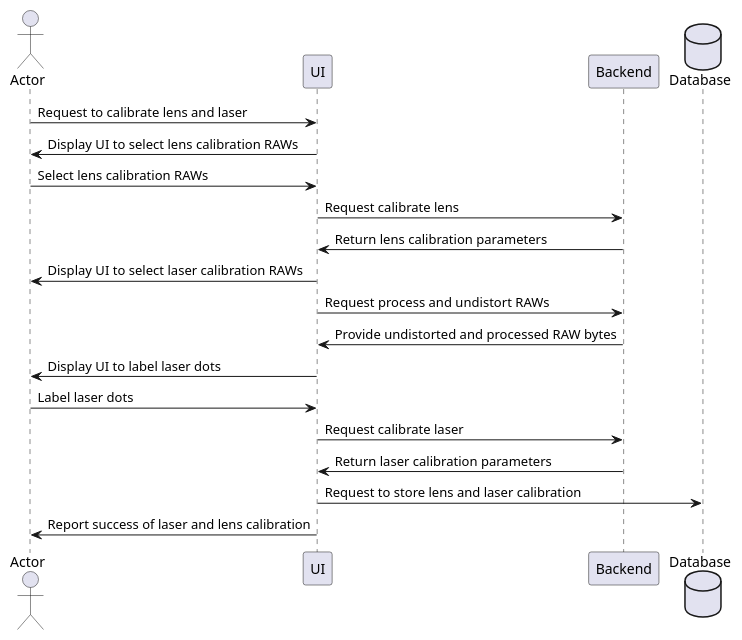
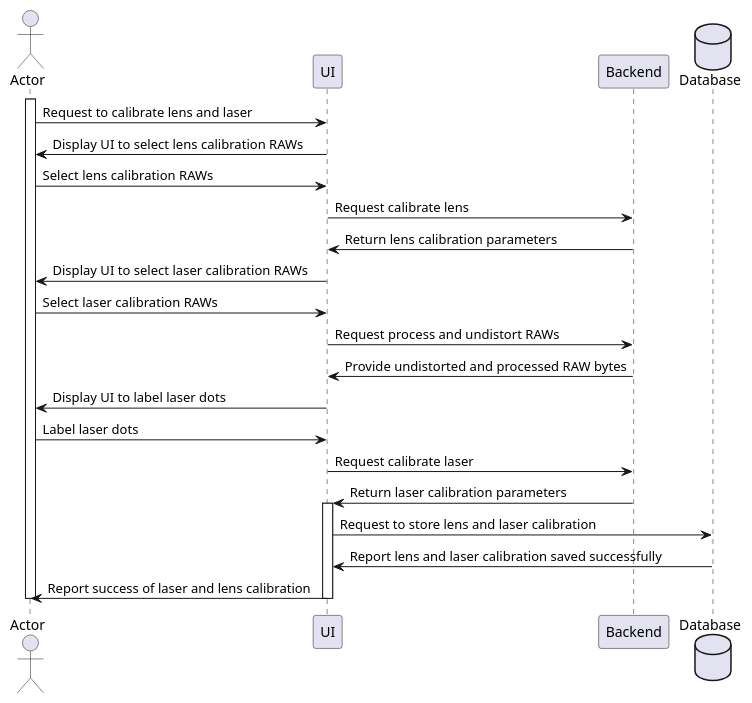
One commit to UCSD-E4E/fishsense-lite changed the diagram in docs/calibrate_lens_laser_sequence_diagram.puml. Above: the diagram before and after it, drawn with PlantUML. The commit also changed 4 other files, not shown here.

Commit message:
add readme.  update diagrams.  update citation

```diff
--- a/docs/calibrate_lens_laser_sequence_diagram.puml
+++ b/docs/calibrate_lens_laser_sequence_diagram.puml
@@ -1,23 +1,29 @@
 @startuml Calibrate Lens and Laser
 actor Actor
 participant UI
 participant Backend
 database Database
 
+activate Actor
 Actor -> UI: Request to calibrate lens and laser
 UI -> Actor: Display UI to select lens calibration RAWs
 Actor -> UI: Select lens calibration RAWs
 UI -> Backend: Request calibrate lens
 Backend -> UI: Return lens calibration parameters
 
 UI -> Actor: Display UI to select laser calibration RAWs
+Actor -> UI: Select laser calibration RAWs
 UI -> Backend: Request process and undistort RAWs
 Backend -> UI: Provide undistorted and processed RAW bytes
 UI -> Actor: Display UI to label laser dots
 Actor -> UI: Label laser dots
 UI -> Backend: Request calibrate laser
 Backend -> UI: Return laser calibration parameters
 
+activate UI
 UI -> Database: Request to store lens and laser calibration
+Database -> UI: Report lens and laser calibration saved successfully
 UI -> Actor: Report success of laser and lens calibration
+deactivate UI
+deactivate Actor
 @enduml
```
